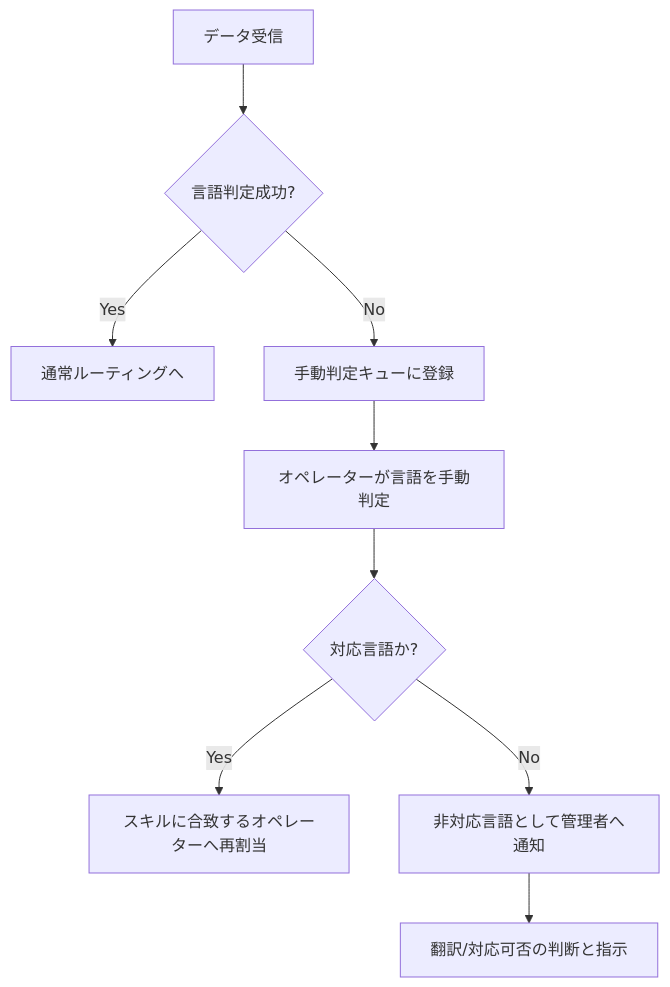
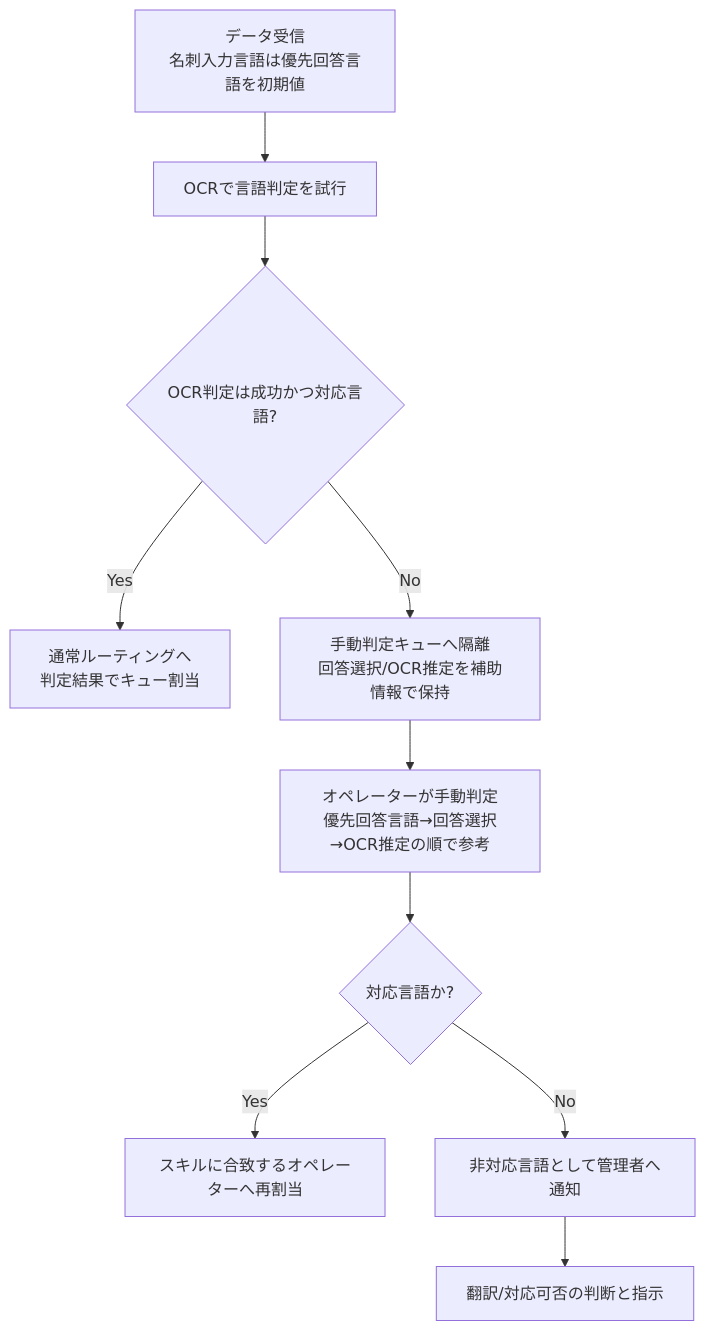
Before and after one commit to AbroadUmedaShota/SPPED-AD-TEST: the fourth of 4 diagrams in docs/product/requirements/multilingual_requirements.md, drawn with Mermaid. The commit also changed other lines of this file and 3 other files, not shown here.

````diff
--- a/docs/product/requirements/multilingual_requirements.md
+++ b/docs/product/requirements/multilingual_requirements.md
@@ -63,11 +77,12 @@
 ```mermaid
 graph TD
-    A[データ受信] --> B{言語判定成功?};
-    B -- Yes --> C[通常ルーティングへ];
-    B -- No --> D[手動判定キューに登録];
-    D --> E[オペレーターが言語を手動判定];
-    E --> F{対応言語か?};
-    F -- Yes --> G[スキルに合致するオペレーターへ再割当];
-    F -- No --> H[非対応言語として管理者へ通知];
-    H --> I[翻訳/対応可否の判断と指示];
+    A[データ受信<br/>名刺入力言語は優先回答言語を初期値] --> B[OCRで言語判定を試行];
+    B --> C{OCR判定は成功かつ対応言語?};
+    C -- Yes --> D[通常ルーティングへ<br/>判定結果でキュー割当];
+    C -- No --> E[手動判定キューへ隔離<br/>回答選択/OCR推定を補助情報で保持];
+    E --> F[オペレーターが手動判定<br/>優先回答言語→回答選択→OCR推定の順で参考];
+    F --> G{対応言語か?};
+    G -- Yes --> H[スキルに合致するオペレーターへ再割当];
+    G -- No --> I[非対応言語として管理者へ通知];
+    I --> J[翻訳/対応可否の判断と指示];
 ```
````
